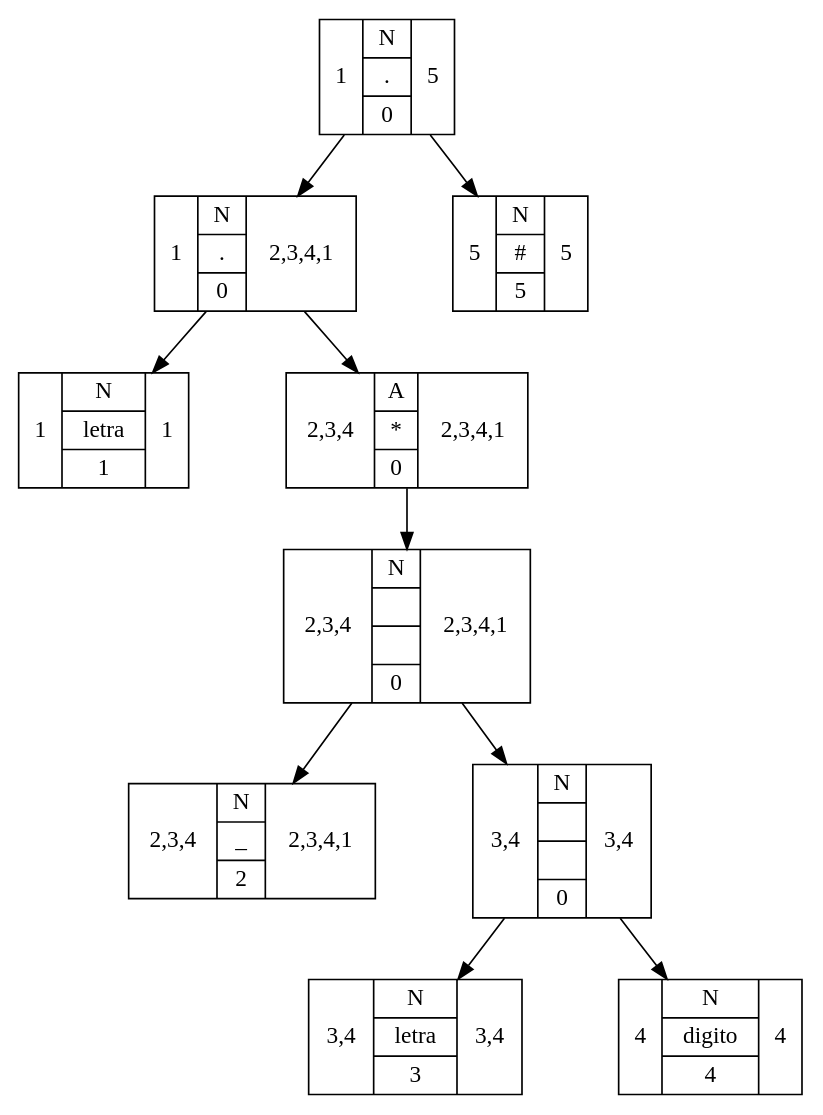
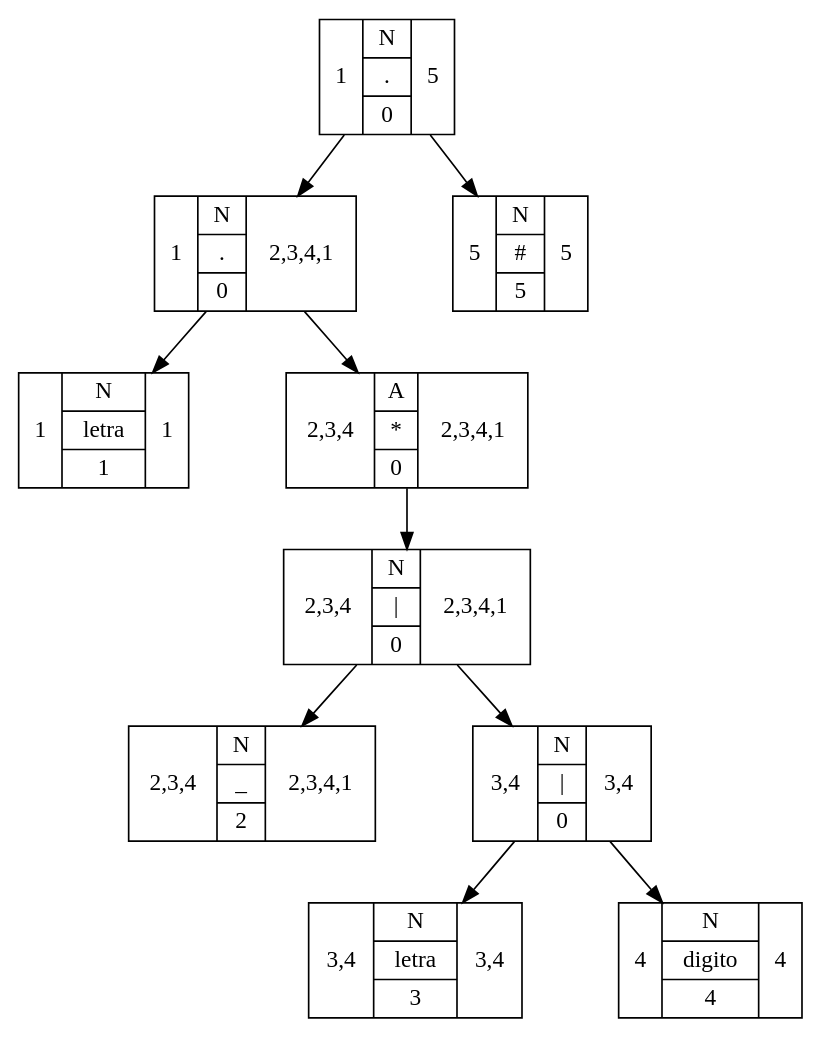
Before and after one commit to oscarc99/-OCL1-Practica1_201709140: the diagram in [OLC1]Practica1_201709140/build/classes/arbol_ExpReg1.dot, drawn with Graphviz. The commit also changed 83 other files, not shown here.

```diff
--- a/[OLC1]Practica1_201709140/build/classes/arbol_ExpReg1.dot
+++ b/[OLC1]Practica1_201709140/build/classes/arbol_ExpReg1.dot
@@ -1,30 +1,30 @@
 digraph G { 
 
 nodesep=0.8;
 
 ranksep=0.5;
 
 
   
 N0[shape=record label=" 1| { N| letra|1 } |1 " ];
 N7->N0; 
 N1[shape=record label=" 2,3,4| { N| _|2 } |2,3,4,1 " ];
 N5->N1; 
 N2[shape=record label=" 3,4| { N| letra|3 } |3,4 " ];
 N4->N2; 
 N3[shape=record label=" 4| { N| digito|4 } |4 " ];
 N4->N3; 
-N4[shape=record label=" 3,4| { N| ||0 } |3,4 " ];
+N4[shape=record label=" 3,4| { N| \||0 } |3,4 " ];
 N5->N4; 
-N5[shape=record label=" 2,3,4| { N| ||0 } |2,3,4,1 " ];
+N5[shape=record label=" 2,3,4| { N| \||0 } |2,3,4,1 " ];
 N6->N5; 
 N6[shape=record label=" 2,3,4| { A| *|0 } |2,3,4,1 " ];
 N7->N6; 
 N7[shape=record label=" 1| { N| .|0 } |2,3,4,1 " ];
 N9->N7; 
 N8[shape=record label=" 5| { N| #|5 } |5 " ];
 N9->N8; 
 N9[shape=record label=" 1| { N| .|0 } |5 " ];
 
 
 }
```
